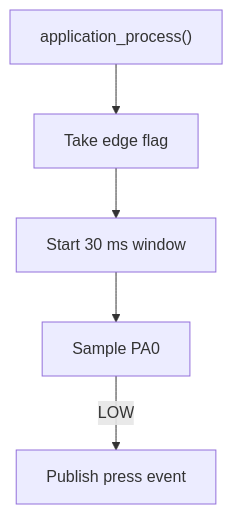
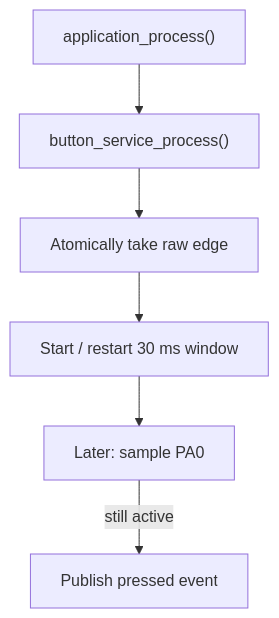
Before and after one commit to haikevins/stm32f1-spl-procedural-baremetal: the second of 2 diagrams in 02-gpio-input-interrupt/README.md, drawn with Mermaid. The commit also changed other lines of this file and 16 other files, not shown here.

````diff
--- a/02-gpio-input-interrupt/README.md
+++ b/02-gpio-input-interrupt/README.md
@@ -82,7 +82,8 @@
 ```mermaid
 flowchart TB
-    APP["application_process()"] --> TAKE["Take edge flag"]
-    TAKE --> WAIT["Start 30 ms window"]
-    WAIT --> SAMPLE["Sample PA0"]
-    SAMPLE -->|"LOW"| EVENT["Publish press event"]
+    APP["application_process()"] --> PROCESS["button_service_process()"]
+    PROCESS --> TAKE["Atomically take raw edge"]
+    TAKE --> WAIT["Start / restart 30 ms window"]
+    WAIT --> SAMPLE["Later: sample PA0"]
+    SAMPLE -->|"still active"| PRESS["Publish pressed event"]
 ```
````
